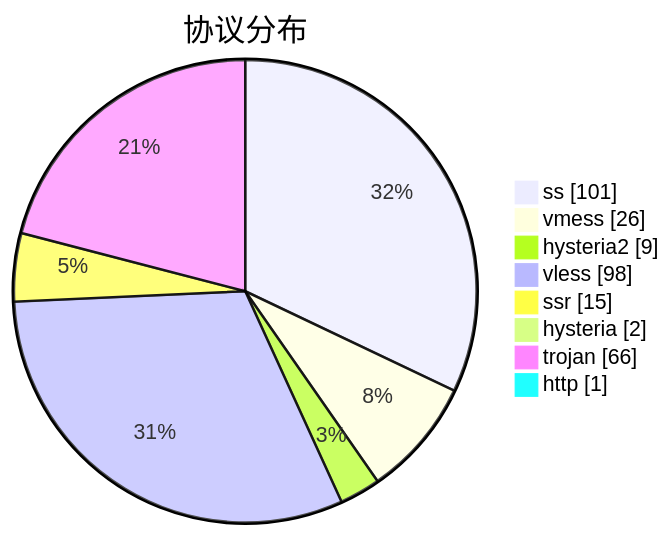
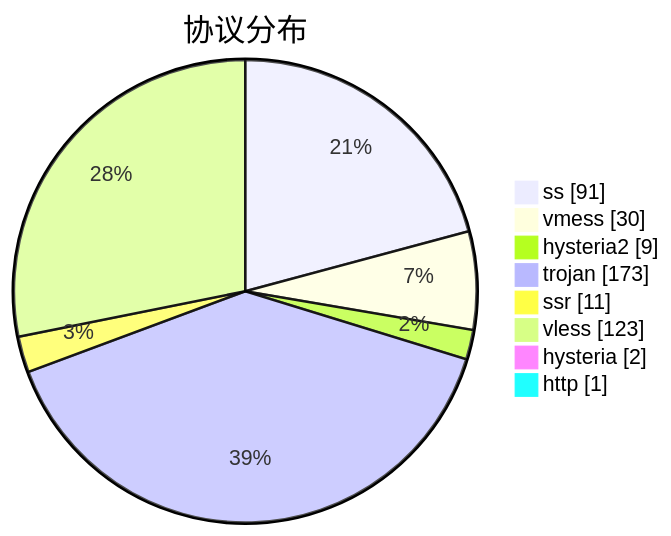
The third of 3 diagrams in subs/statistics/tested_within.md (sinspired/airport), drawn with Mermaid before and after one commit. The commit also changed other lines of this file and 2 other files, not shown here.

````diff
--- a/subs/statistics/tested_within.md
+++ b/subs/statistics/tested_within.md
@@ -55,12 +60,12 @@
 ```mermaid
 pie showData
 title 协议分布
-"ss" : 101
-"vmess" : 26
+"ss" : 91
+"vmess" : 30
 "hysteria2" : 9
-"vless" : 98
-"ssr" : 15
+"trojan" : 173
+"ssr" : 11
+"vless" : 123
 "hysteria" : 2
-"trojan" : 66
 "http" : 1
 ```
````
